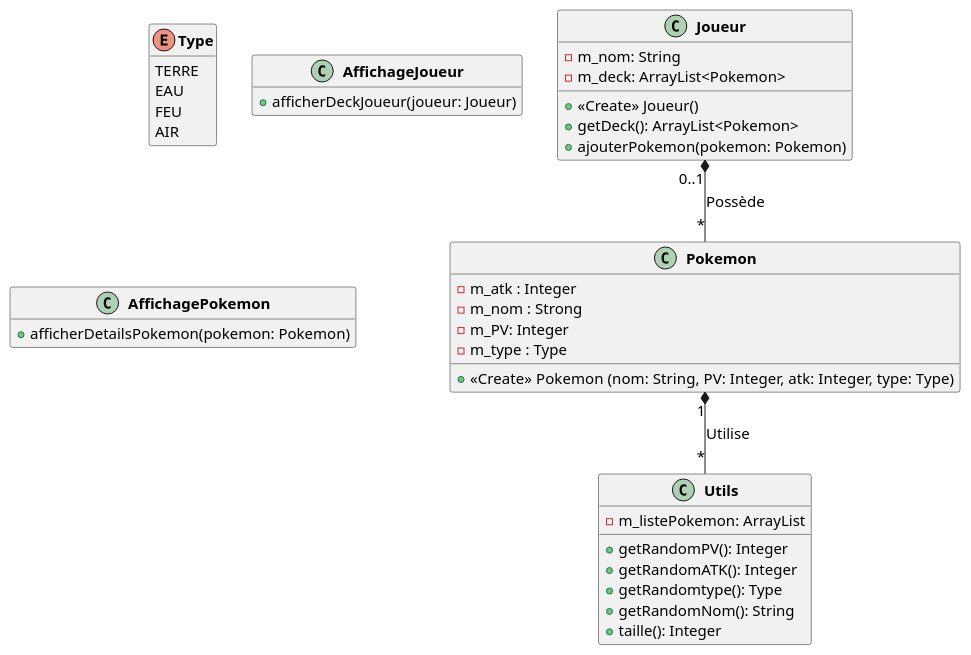
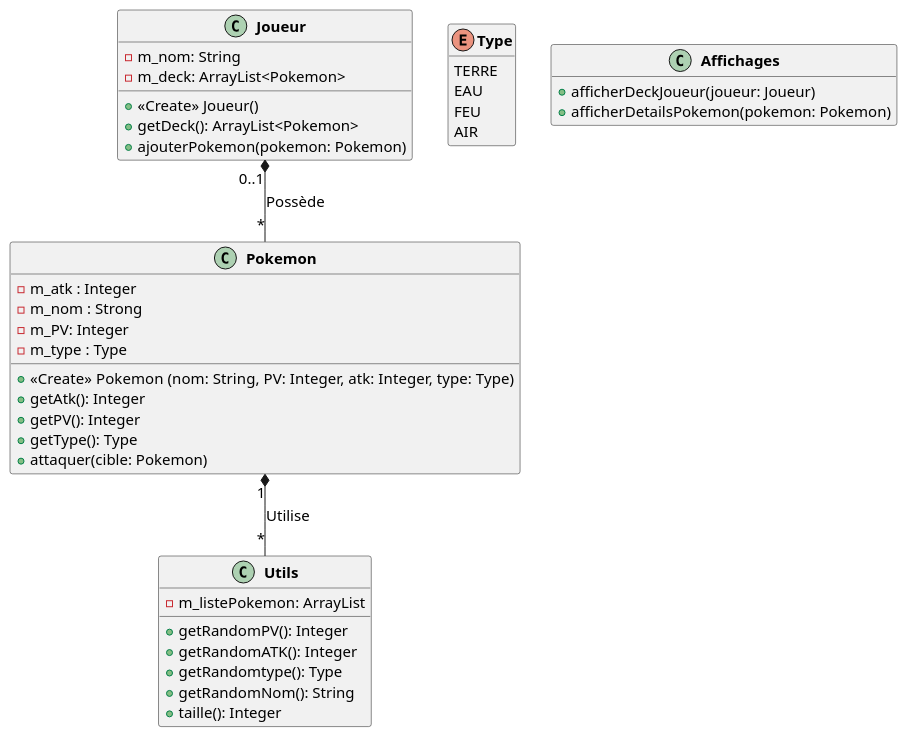
Before and after one commit to julot424/POOkemon: the diagram in uml/semaine1.puml, drawn with PlantUML.

Commit message:
UPDATE semaine1, maj de Affichages + ajout methode attaquer dans pokemon

```diff
--- a/uml/semaine1.puml
+++ b/uml/semaine1.puml
@@ -1,47 +1,49 @@
 @startuml
 scale 1
 skinparam classFontStyle Bold
 skinparam defaultFontSize 15
 hide empty members
 skinparam classAttribute IconSize 0
 skinparam classFontStyle Bold
 hide enum methods
 
 
 class Pokemon{
     -m_atk : Integer
     -m_nom : Strong
     -m_PV: Integer
     -m_type : Type
     +<<Create>> Pokemon (nom: String, PV: Integer, atk: Integer, type: Type)
+    +getAtk(): Integer
+    +getPV(): Integer
+    +getType(): Type
+    +attaquer(cible: Pokemon)
 }
 enum Type{
         TERRE
         EAU
         FEU
         AIR
 }
 class Utils{
     -m_listePokemon: ArrayList
     +getRandomPV(): Integer
     +getRandomATK(): Integer
     +getRandomtype(): Type
     +getRandomNom(): String
     +taille(): Integer
 }
 class Joueur{
     -m_nom: String
     -m_deck: ArrayList<Pokemon>
     +<<Create>> Joueur()
     +getDeck(): ArrayList<Pokemon>
     +ajouterPokemon(pokemon: Pokemon)
 }
-class AffichageJoueur{
+class Affichages{
     +afficherDeckJoueur(joueur: Joueur)
-}
-class AffichagePokemon{
     +afficherDetailsPokemon(pokemon: Pokemon)
 }
 Pokemon "1" *-- "*" Utils : Utilise
 Joueur "0..1" *-- "*" Pokemon : Possède
 @enduml
```
